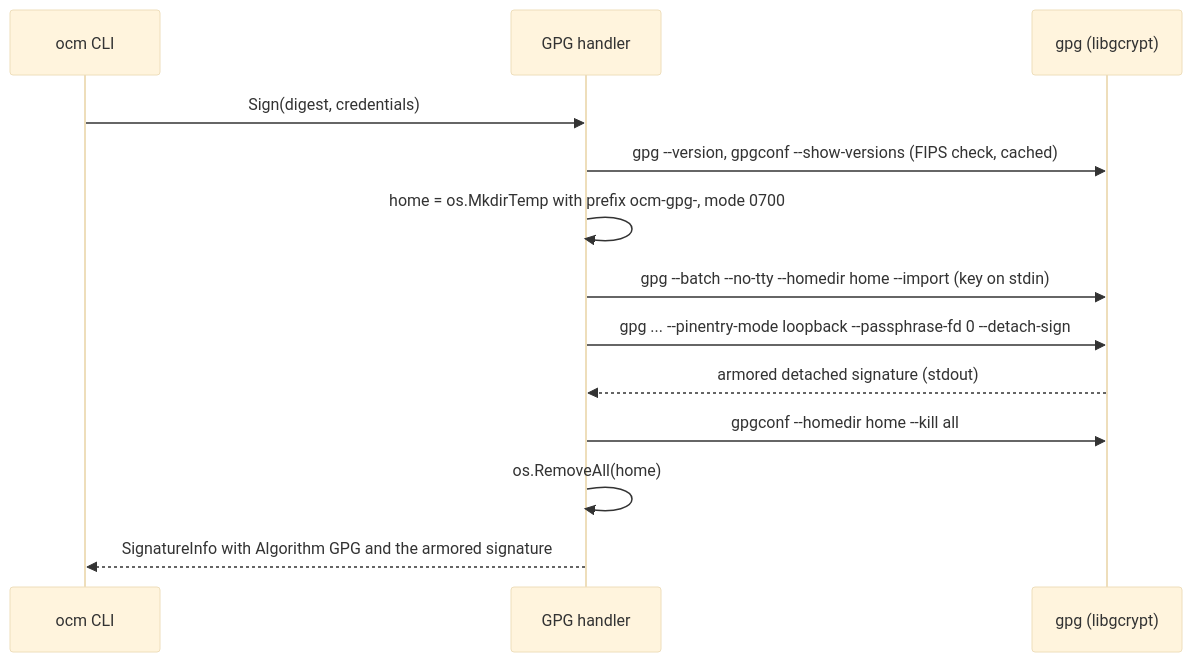
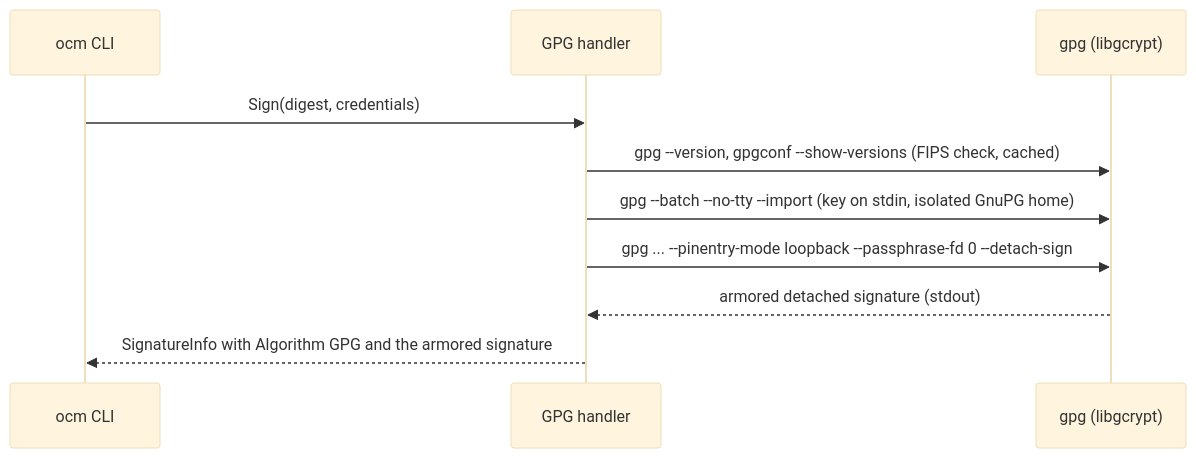
The diagram in docs/adr/0030_fips_gpg_cosign.md (open-component-model/open-component-model), drawn with Mermaid (base theme) before and after one commit. The commit also changed other lines of this file, not shown here.

First line of the commit message:
docs(adr): drop the sigstore-go option and gpg temporary home details from ADR 0030

````diff
--- a/docs/adr/0030_fips_gpg_cosign.md
+++ b/docs/adr/0030_fips_gpg_cosign.md
@@ -193,15 +191,12 @@
 ```mermaid
 sequenceDiagram
     participant CLI as ocm CLI
     participant H as GPG handler
     participant G as gpg (libgcrypt)
     CLI->>H: Sign(digest, credentials)
     H->>G: gpg --version, gpgconf --show-versions (FIPS check, cached)
-    H->>H: home = os.MkdirTemp with prefix ocm-gpg-, mode 0700
-    H->>G: gpg --batch --no-tty --homedir home --import (key on stdin)
+    H->>G: gpg --batch --no-tty --import (key on stdin, isolated GnuPG home)
     H->>G: gpg ... --pinentry-mode loopback --passphrase-fd 0 --detach-sign
     G-->>H: armored detached signature (stdout)
-    H->>G: gpgconf --homedir home --kill all
-    H->>H: os.RemoveAll(home)
     H-->>CLI: SignatureInfo with Algorithm GPG and the armored signature
 ```
````
